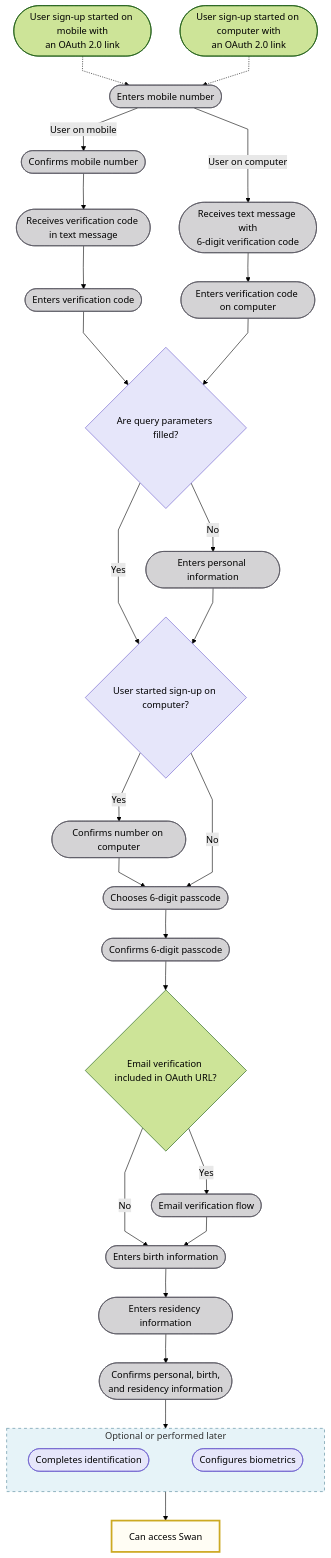
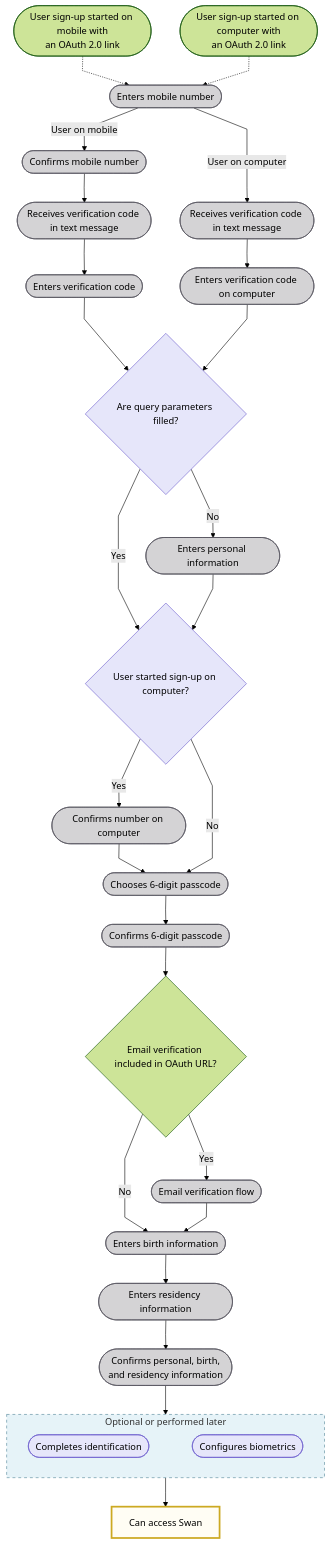
The first of 2 diagrams in docs/topics/users/index.mdx (swan-io/docs), drawn with Mermaid (forest theme) before and after one commit. The commit also changed other lines of this file, not shown here.

````diff
--- a/docs/topics/users/index.mdx
+++ b/docs/topics/users/index.mdx
@@ -77,64 +77,64 @@
 ```mermaid
 %%{ init: { 'flowchart': { 'curve': 'linear' } } }%%
 flowchart TB
     MobileEntry([User sign-up started on mobile with<br/>an OAuth 2.0 link]) -.-> EntersMobileNumber([Enters mobile number])
     ComputerEntry([User sign-up started on computer with<br/>an OAuth 2.0 link]) -.-> EntersMobileNumber
 
     EntersMobileNumber -- User on mobile --> ConfirmsMobileNumberMobile([Confirms mobile number])
-    EntersMobileNumber -- User on computer --> ReceivesOTP([Receives text message with<br/>6-digit verification code])
+    EntersMobileNumber -- User on computer --> ReceivesOTP([Receives verification code in text message])
 
     ConfirmsMobileNumberMobile --> ReceivesCode([Receives verification code in text message])
     ReceivesCode --> EntersCode([Enters verification code])
     EntersCode --> QueryParams{Are query parameters filled?}
     
     ReceivesOTP --> EntersOTP([Enters verification code on computer])
     EntersOTP --> QueryParams
 
     QueryParams -- No --> EntersPI([Enters personal information])
     QueryParams -- Yes --> UserStartedComputer{User started sign-up on computer?}
 
     EntersPI --> UserStartedComputer
     UserStartedComputer -- Yes --> ConfirmsNumber([Confirms number on computer])
     ConfirmsNumber --> ChoosesPasscode([Chooses 6-digit passcode])
     UserStartedComputer -- No --> ChoosesPasscode
 
     ChoosesPasscode --> ConfirmsPasscode([Confirms 6-digit passcode])
 
     ConfirmsPasscode --> EmailVerificationIncluded{Email verification included in OAuth URL?}
     EmailVerificationIncluded -- Yes --> EmailVerificationFlow([Email verification flow])
     EmailVerificationIncluded -- No --> EntersBirthInfo
 
     EmailVerificationFlow --> EntersBirthInfo([Enters birth information])
     EntersBirthInfo --> EntersResidencyInfo([Enters residency information])
     EntersResidencyInfo --> ConfirmsInfo([Confirms personal, birth,<br/>and residency information])
 
     ConfirmsInfo --> O
 
     subgraph O[Optional or performed later]
         direction LR
         IV([Completes identification]) ~~~ B([Configures biometrics])
     end
 
     O --> S[Can access Swan]
 
     style S fill:#fffdf4,stroke:#cca922,stroke-width:3px
     style O fill:#E6F3F8,stroke:#4D8296,stroke-dasharray: 5 5
     style IV fill:#E6E6FA,stroke:#6A5ACD
     style B fill:#E6E6FA,stroke:#6A5ACD
     style EntersMobileNumber fill:#D4D3D5,stroke:#514F59
     style ConfirmsMobileNumberMobile fill:#D4D3D5,stroke:#514F59
     style ReceivesCode fill:#D4D3D5,stroke:#514F59
     style EntersCode fill:#D4D3D5,stroke:#514F59
     style ReceivesOTP fill:#D4D3D5,stroke:#514F59
     style EntersOTP fill:#D4D3D5,stroke:#514F59
     style ConfirmsNumber fill:#D4D3D5,stroke:#514F59
     style EntersPI fill:#D4D3D5,stroke:#514F59
     style ChoosesPasscode fill:#D4D3D5,stroke:#514F59
     style ConfirmsPasscode fill:#D4D3D5,stroke:#514F59
     style EmailVerificationFlow fill:#D4D3D5,stroke:#514F59
     style EntersBirthInfo fill:#D4D3D5,stroke:#514F59
     style EntersResidencyInfo fill:#D4D3D5,stroke:#514F59
     style ConfirmsInfo fill:#D4D3D5,stroke:#514F59
     style UserStartedComputer fill:#E6E6FA,stroke:#6A5ACD
     style QueryParams fill:#E6E6FA,stroke:#6A5ACD
 ```
````
